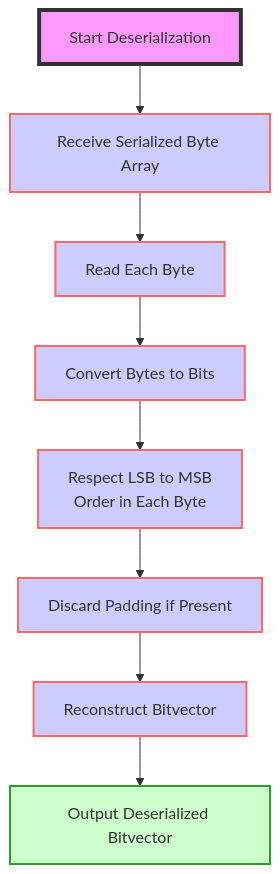
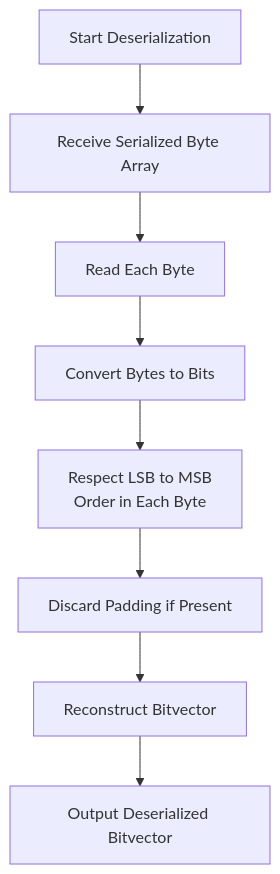
Before and after one commit to eth-protocol-fellows/protocol-studies: the eighth of 12 diagrams in docs/wiki/CL/SSZ.md, drawn with Mermaid. The commit also changed other lines of this file and 2 other files, not shown here.

````diff
--- a/docs/wiki/CL/SSZ.md
+++ b/docs/wiki/CL/SSZ.md
@@ -434,17 +395,11 @@
 ```mermaid
 flowchart TD
     A[Start Deserialization] --> B[Receive Serialized Byte Array]
     B --> C[Read Each Byte]
     C --> D[Convert Bytes to Bits]
     D --> E[Respect LSB to MSB \nOrder in Each Byte]
     E --> F[Discard Padding if Present]
     F --> G[Reconstruct Bitvector]
     G --> H[Output Deserialized Bitvector]
     
-    classDef startEnd fill:#f9f,stroke:#333,stroke-width:4px;
-    class A startEnd;
-    classDef process fill:#ccf,stroke:#f66,stroke-width:2px;
-    class B,C,D,E,F,G process;
-    classDef output fill:#cfc,stroke:#393,stroke-width:2px;
-    class H output;
 ```
````
